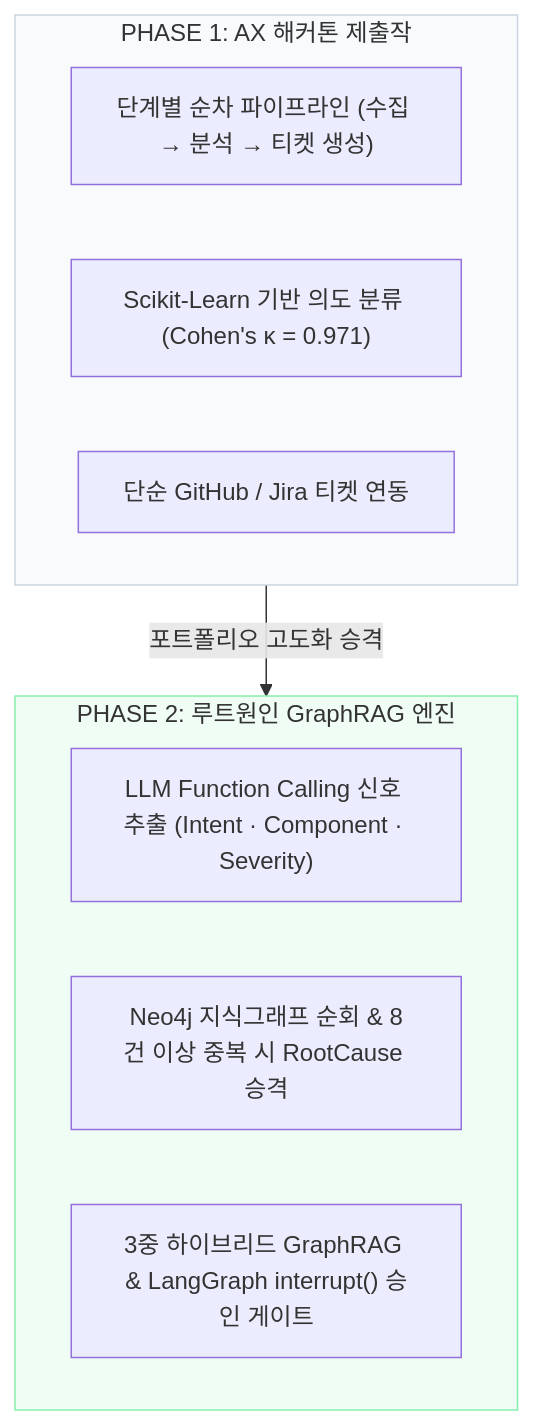
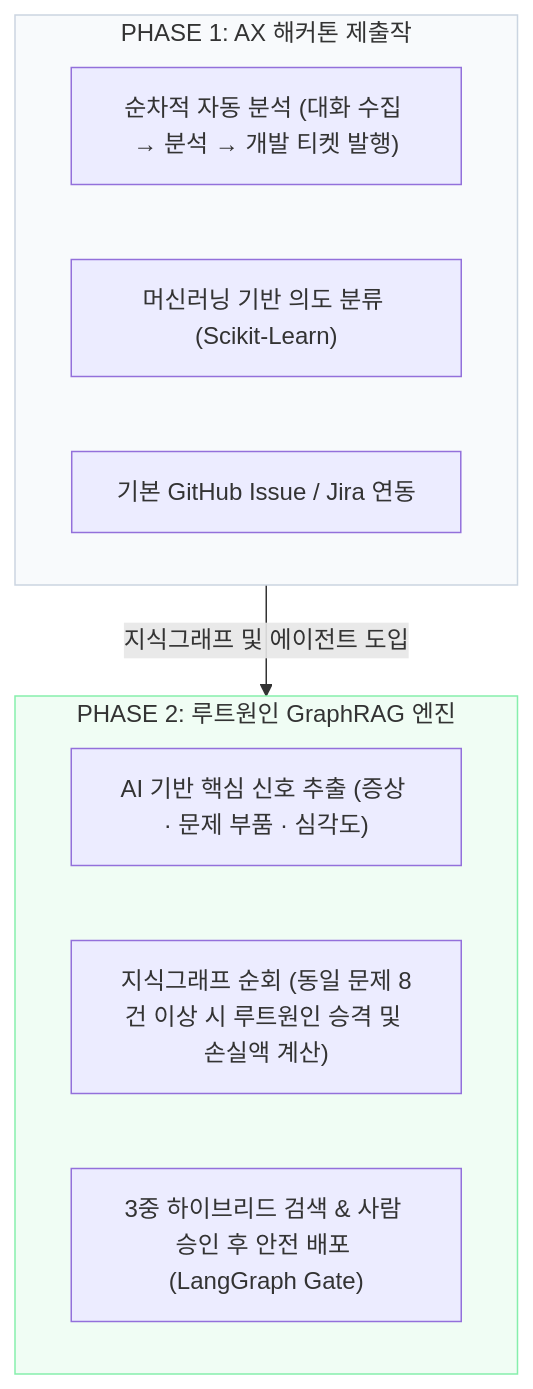
One commit to kanziman/channel-voc-demo changed the first of 3 diagrams in README.md. Above: the diagram before and after it, drawn with Mermaid. The commit also changed other lines of this file, not shown here.

````diff
--- a/README.md
+++ b/README.md
@@ -28,19 +28,19 @@
 ```mermaid
 flowchart TD
     subgraph Phase1 ["PHASE 1: AX 해커톤 제출작"]
-        P1_1["단계별 순차 파이프라인 (수집 → 분석 → 티켓 생성)"]
-        P1_2["Scikit-Learn 기반 의도 분류 (Cohen's κ = 0.971)"]
-        P1_3["단순 GitHub / Jira 티켓 연동"]
+        P1_1["순차적 자동 분석 (대화 수집 → 분석 → 개발 티켓 발행)"]
+        P1_2["머신러닝 기반 의도 분류 (Scikit-Learn)"]
+        P1_3["기본 GitHub Issue / Jira 연동"]
     end
 
-    Phase1 -->|"포트폴리오 고도화 승격"| Phase2
+    Phase1 -->|"지식그래프 및 에이전트 도입"| Phase2
 
     subgraph Phase2 ["PHASE 2: 루트원인 GraphRAG 엔진"]
-        P2_1["LLM Function Calling 신호 추출 (Intent · Component · Severity)"]
-        P2_2["Neo4j 지식그래프 순회 & 8건 이상 중복 시 RootCause 승격"]
-        P2_3["3중 하이브리드 GraphRAG & LangGraph interrupt() 승인 게이트"]
+        P2_1["AI 기반 핵심 신호 추출 (증상 · 문제 부품 · 심각도)"]
+        P2_2["지식그래프 순회 (동일 문제 8건 이상 시 루트원인 승격 및 손실액 계산)"]
+        P2_3["3중 하이브리드 검색 & 사람 승인 후 안전 배포 (LangGraph Gate)"]
     end
 
     style Phase1 fill:#f8fafc,stroke:#cbd5e1
     style Phase2 fill:#f0fdf4,stroke:#86efac
 ```
````
